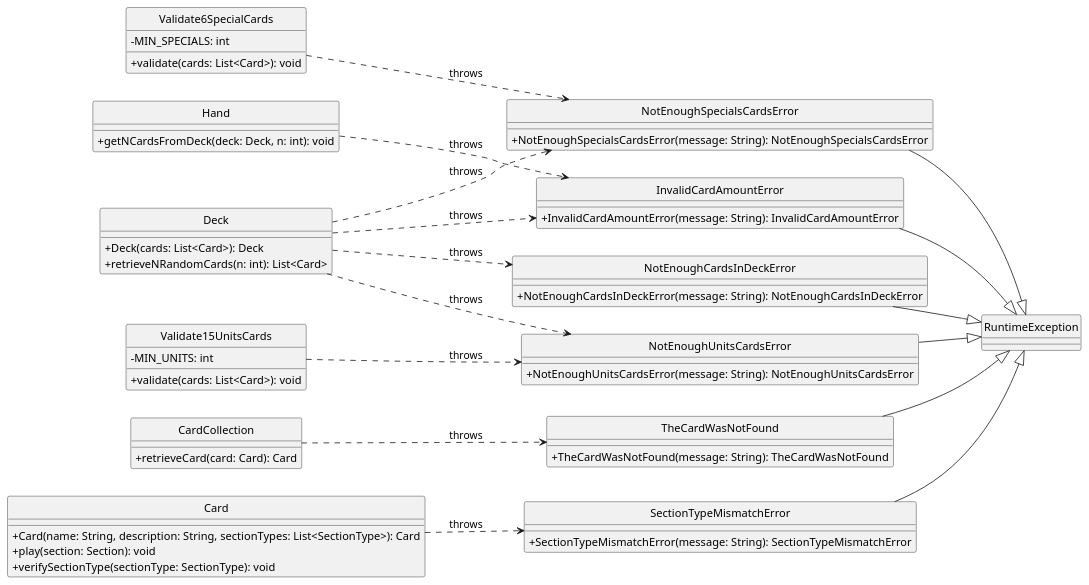
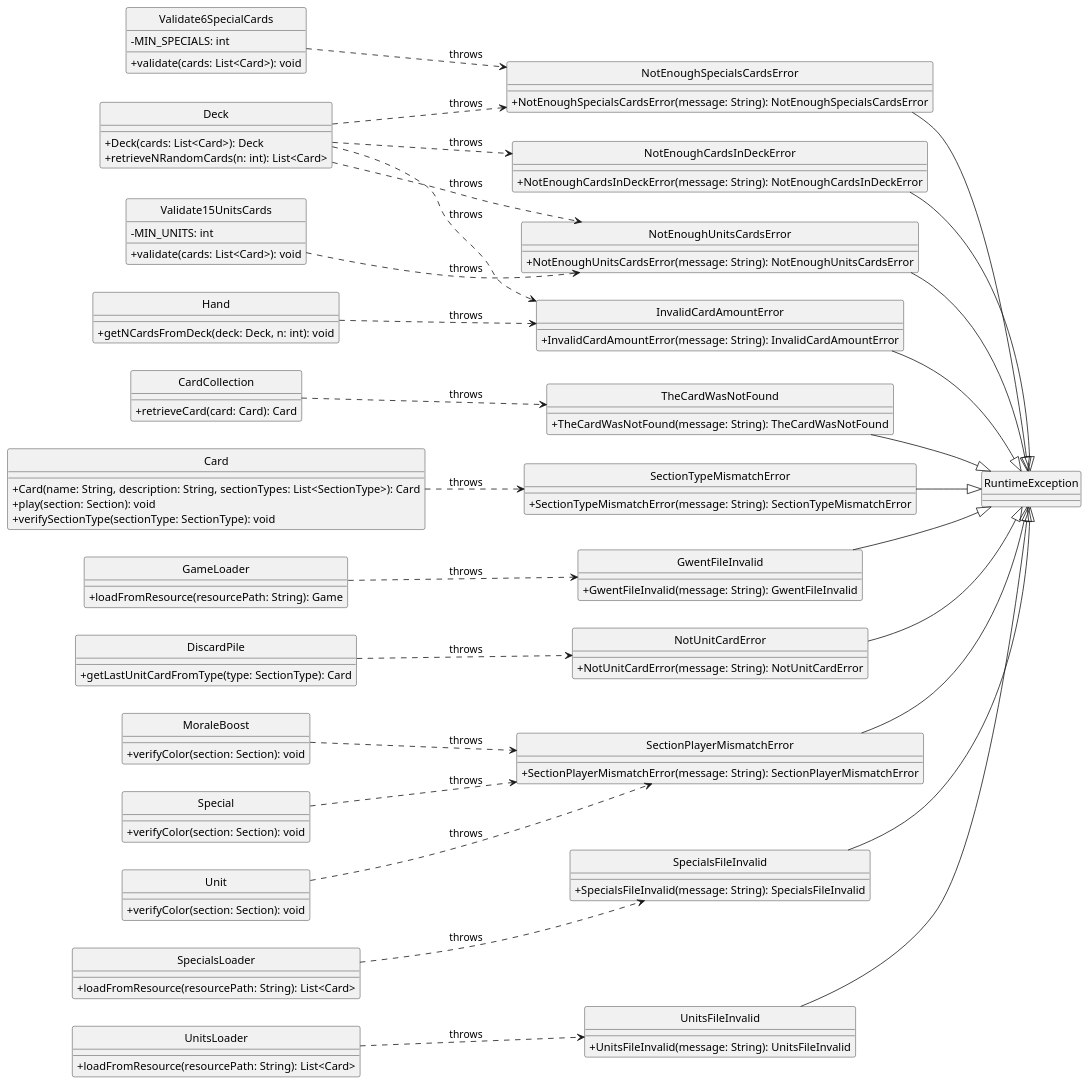
Before and after one commit to Yonhir/algo3_proyecto_base_tp2: the diagram in diagrams/classes/errors.plantuml, drawn with PlantUML. The commit also changed 1 other file, not shown here.

Commit message:
Actualizo diagrama de excepciones

```diff
--- a/diagrams/classes/errors.plantuml
+++ b/diagrams/classes/errors.plantuml
@@ -1,95 +1,158 @@
 @startuml
 
 skinparam monochrome true
 hide circle
 skinparam classAttributeIconSize 0
 
-' Layout direction
 left to right direction
 
 ' =====================
 ' ERROR CLASSES
 ' =====================
 class NotEnoughSpecialsCardsError {
   +NotEnoughSpecialsCardsError(message: String): NotEnoughSpecialsCardsError
 }
 
 class NotEnoughUnitsCardsError {
   +NotEnoughUnitsCardsError(message: String): NotEnoughUnitsCardsError
 }
 
 class NotEnoughCardsInDeckError {
   +NotEnoughCardsInDeckError(message: String): NotEnoughCardsInDeckError
 }
 
 class InvalidCardAmountError {
   +InvalidCardAmountError(message: String): InvalidCardAmountError
 }
 
 class TheCardWasNotFound {
   +TheCardWasNotFound(message: String): TheCardWasNotFound
 }
 
 class SectionTypeMismatchError {
   +SectionTypeMismatchError(message: String): SectionTypeMismatchError
+}
+
+class GwentFileInvalid {
+  +GwentFileInvalid(message: String): GwentFileInvalid
+}
+
+class NotUnitCardError {
+  +NotUnitCardError(message: String): NotUnitCardError
+}
+
+class SectionPlayerMismatchError {
+  +SectionPlayerMismatchError(message: String): SectionPlayerMismatchError
+}
+
+class SpecialsFileInvalid {
+  +SpecialsFileInvalid(message: String): SpecialsFileInvalid
+}
+
+class UnitsFileInvalid {
+  +UnitsFileInvalid(message: String): UnitsFileInvalid
 }
 
 ' =====================
 ' CLASSES THAT USE ERRORS
 ' =====================
 class Deck {
   +Deck(cards: List<Card>): Deck
   +retrieveNRandomCards(n: int): List<Card>
 }
 
 class Hand {
   +getNCardsFromDeck(deck: Deck, n: int): void
 }
 
 class CardCollection {
   +retrieveCard(card: Card): Card
 }
 
 class Validate6SpecialCards {
   -MIN_SPECIALS: int
   +validate(cards: List<Card>): void
 }
 
 class Validate15UnitsCards {
   -MIN_UNITS: int
   +validate(cards: List<Card>): void
 }
 
 class Card {
   +Card(name: String, description: String, sectionTypes: List<SectionType>): Card
   +play(section: Section): void
   +verifySectionType(sectionType: SectionType): void
 }
 
+class GameLoader {
+  +loadFromResource(resourcePath: String): Game
+}
+
+class DiscardPile {
+  +getLastUnitCardFromType(type: SectionType): Card
+}
+
+class MoraleBoost {
+  +verifyColor(section: Section): void
+}
+
+class Special {
+  +verifyColor(section: Section): void
+}
+
+class Unit {
+  +verifyColor(section: Section): void
+}
+
+class SpecialsLoader {
+  +loadFromResource(resourcePath: String): List<Card>
+}
+
+class UnitsLoader {
+  +loadFromResource(resourcePath: String): List<Card>
+}
+
 ' =====================
 ' RELATIONSHIPS
 ' =====================
+
 ' Error usage relationships
 Validate6SpecialCards ..> NotEnoughSpecialsCardsError : throws
 Validate15UnitsCards ..> NotEnoughUnitsCardsError : throws
 
 Deck ..> InvalidCardAmountError : throws
 Deck ..> NotEnoughCardsInDeckError : throws
 Deck ..> NotEnoughSpecialsCardsError : throws
 Deck ..> NotEnoughUnitsCardsError : throws
 
 Hand ..> InvalidCardAmountError : throws
 
 CardCollection ..> TheCardWasNotFound : throws
 
 Card ..> SectionTypeMismatchError : throws
 
+GameLoader ..> GwentFileInvalid : throws
+DiscardPile ..> NotUnitCardError : throws
+
+MoraleBoost ..> SectionPlayerMismatchError : throws
+Unit ..> SectionPlayerMismatchError : throws
+Special ..> SectionPlayerMismatchError : throws
+
+SpecialsLoader ..> SpecialsFileInvalid : throws
+UnitsLoader ..> UnitsFileInvalid : throws
+
 ' Error inheritance
 InvalidCardAmountError --|> RuntimeException
 NotEnoughSpecialsCardsError --|> RuntimeException
 NotEnoughCardsInDeckError --|> RuntimeException
 NotEnoughUnitsCardsError --|> RuntimeException
 TheCardWasNotFound --|> RuntimeException
 SectionTypeMismatchError --|> RuntimeException
+GwentFileInvalid --|> RuntimeException
+NotUnitCardError --|> RuntimeException
+SectionPlayerMismatchError --|> RuntimeException
+SpecialsFileInvalid --|> RuntimeException
+UnitsFileInvalid --|> RuntimeException
 
-@enduml 
+@enduml
```
